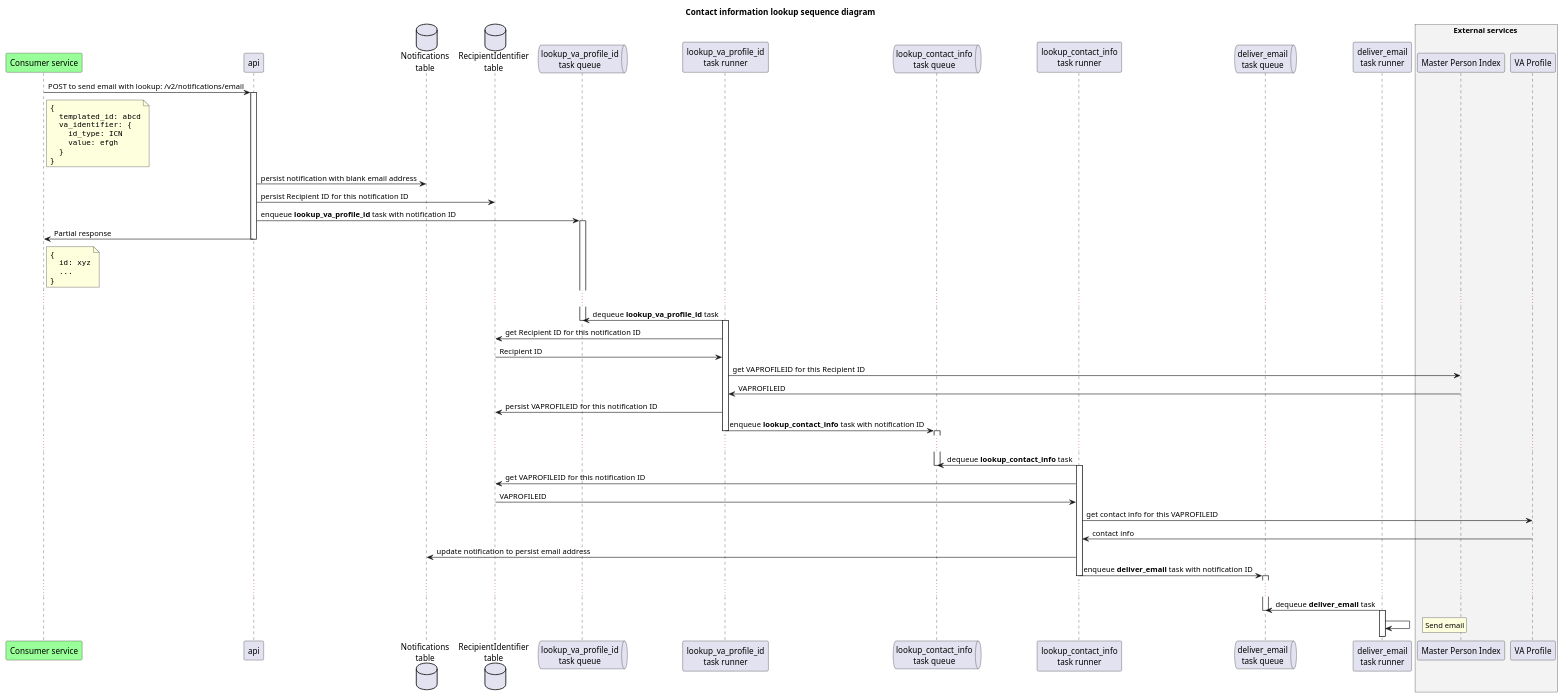
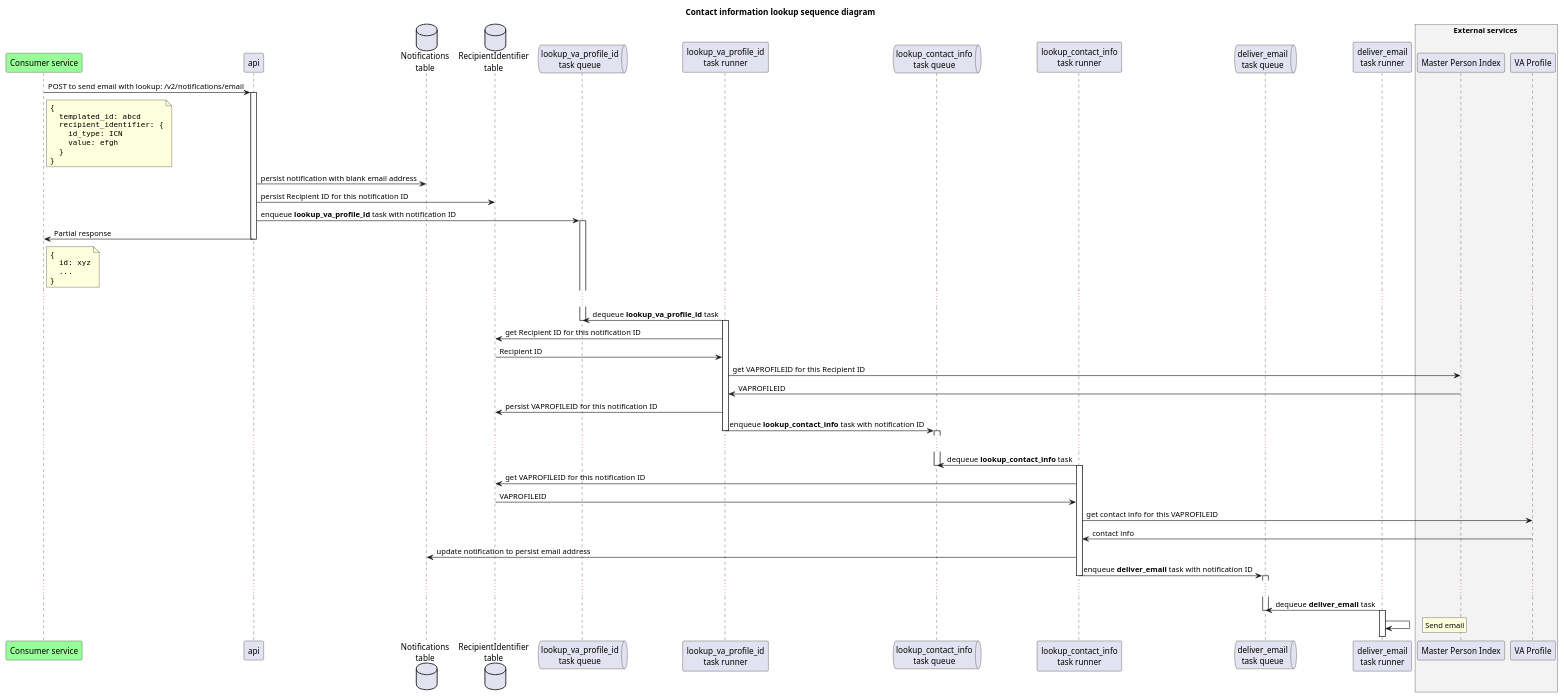
One commit to cds-snc/notification-api changed the diagram in documents/contact-info-lookup-sequence-diagram.puml. Above: the diagram before and after it, drawn with PlantUML. The commit also changed 9 other files, not shown here.

Commit message:
[#190] rename va_identifier to recipient_identifier, va_identifier_type to id_type, and va_identifier_value to id_value for consistency across DB, model, and code

```diff
--- a/documents/contact-info-lookup-sequence-diagram.puml
+++ b/documents/contact-info-lookup-sequence-diagram.puml
@@ -1,96 +1,96 @@
 @startuml
 title Contact information lookup sequence diagram
 
 participant "Consumer service" as consumer #99FF99
 participant api
 database "Notifications\ntable" as notifications_table
 database "RecipientIdentifier\ntable" as identifiers_table
 
 queue "lookup_va_profile_id\ntask queue" as lookup_va_profile_id_queue
 participant "lookup_va_profile_id\ntask runner" as lookup_va_profile_id_runner
 
 queue "lookup_contact_info\ntask queue" as lookup_contact_info_queue
 participant "lookup_contact_info\ntask runner" as lookup_contact_info_runner
 
 queue "deliver_email\ntask queue" as deliver_email_queue
 participant "deliver_email\ntask runner" as deliver_email_runner
 
 box External services #f3f3f3
 participant "Master Person Index" as mpi
 participant "VA Profile" as vaprofile
 end box
 
 consumer -> api : POST to send email with lookup: /v2/notifications/email
 activate api
 note right of consumer
   ""{""
   ""  templated_id: abcd""
-  ""  va_identifier: {""
+  ""  recipient_identifier: {""
   ""    id_type: ICN""
   ""    value: efgh""
   ""  }""
   ""}""
 end note
 
 api -> notifications_table: persist notification with blank email address
 api -> identifiers_table: persist Recipient ID for this notification ID
 
 api -> lookup_va_profile_id_queue: enqueue **lookup_va_profile_id** task with notification ID
 activate lookup_va_profile_id_queue
 
 api -> consumer: Partial response
 note right of consumer
   ""{""
   ""  id: xyz""
   ""  ...""
   ""}""
 end note
 deactivate api
 
 ...
 
 lookup_va_profile_id_runner -> lookup_va_profile_id_queue: dequeue **lookup_va_profile_id** task
 deactivate lookup_va_profile_id_queue
 activate lookup_va_profile_id_runner
 
 lookup_va_profile_id_runner -> identifiers_table: get Recipient ID for this notification ID
 identifiers_table -> lookup_va_profile_id_runner: Recipient ID
 
 lookup_va_profile_id_runner -> mpi: get VAPROFILEID for this Recipient ID
 
 mpi -> lookup_va_profile_id_runner: VAPROFILEID
 
 lookup_va_profile_id_runner -> identifiers_table: persist VAPROFILEID for this notification ID
 
 lookup_va_profile_id_runner -> lookup_contact_info_queue: enqueue **lookup_contact_info** task with notification ID
 deactivate lookup_va_profile_id_runner
 activate lookup_contact_info_queue
 
 ...
 
 lookup_contact_info_runner -> lookup_contact_info_queue: dequeue **lookup_contact_info** task
 deactivate lookup_contact_info_queue
 activate lookup_contact_info_runner
 
 lookup_contact_info_runner -> identifiers_table: get VAPROFILEID for this notification ID
 identifiers_table -> lookup_contact_info_runner: VAPROFILEID
 
 lookup_contact_info_runner -> vaprofile: get contact info for this VAPROFILEID
 
 vaprofile -> lookup_contact_info_runner: contact info
 
 lookup_contact_info_runner -> notifications_table: update notification to persist email address
 
 lookup_contact_info_runner -> deliver_email_queue: enqueue **deliver_email** task with notification ID
 deactivate lookup_contact_info_runner
 activate deliver_email_queue
 
 ...
 
 deliver_email_runner -> deliver_email_queue: dequeue **deliver_email** task
 deactivate deliver_email_queue
 activate deliver_email_runner
 
 deliver_email_runner -> deliver_email_runner
 rnote right: Send email
 @enduml
```
